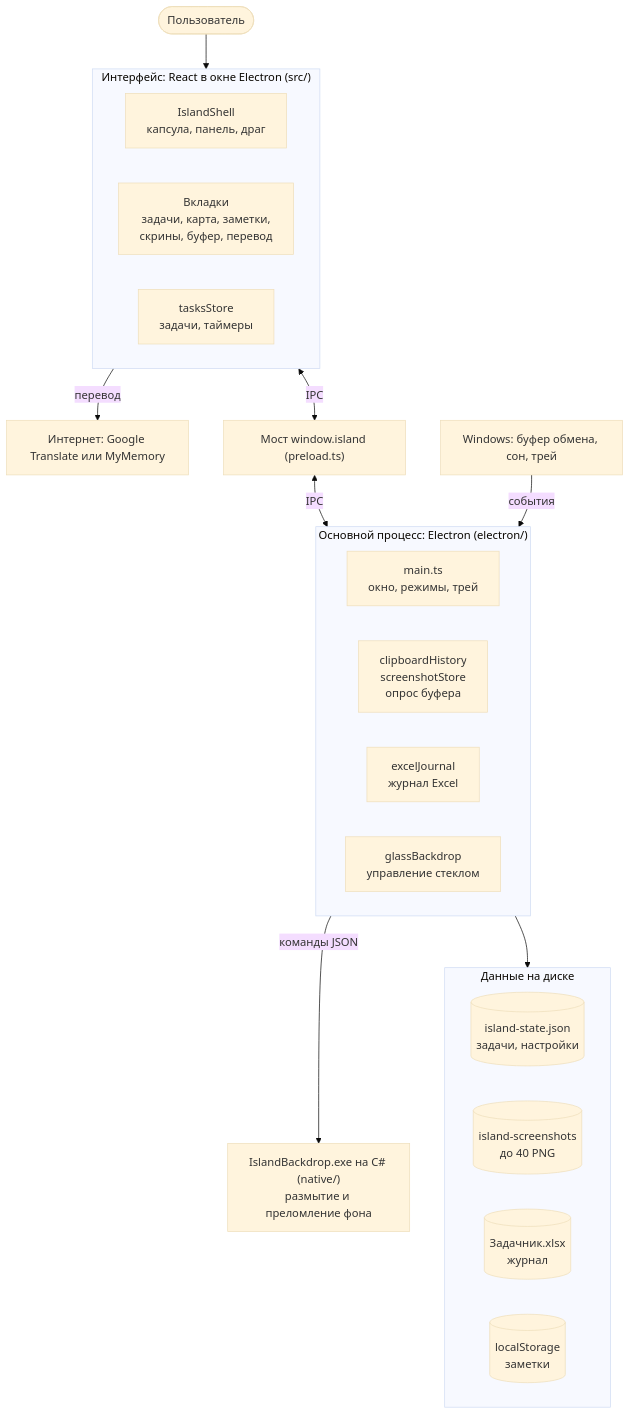
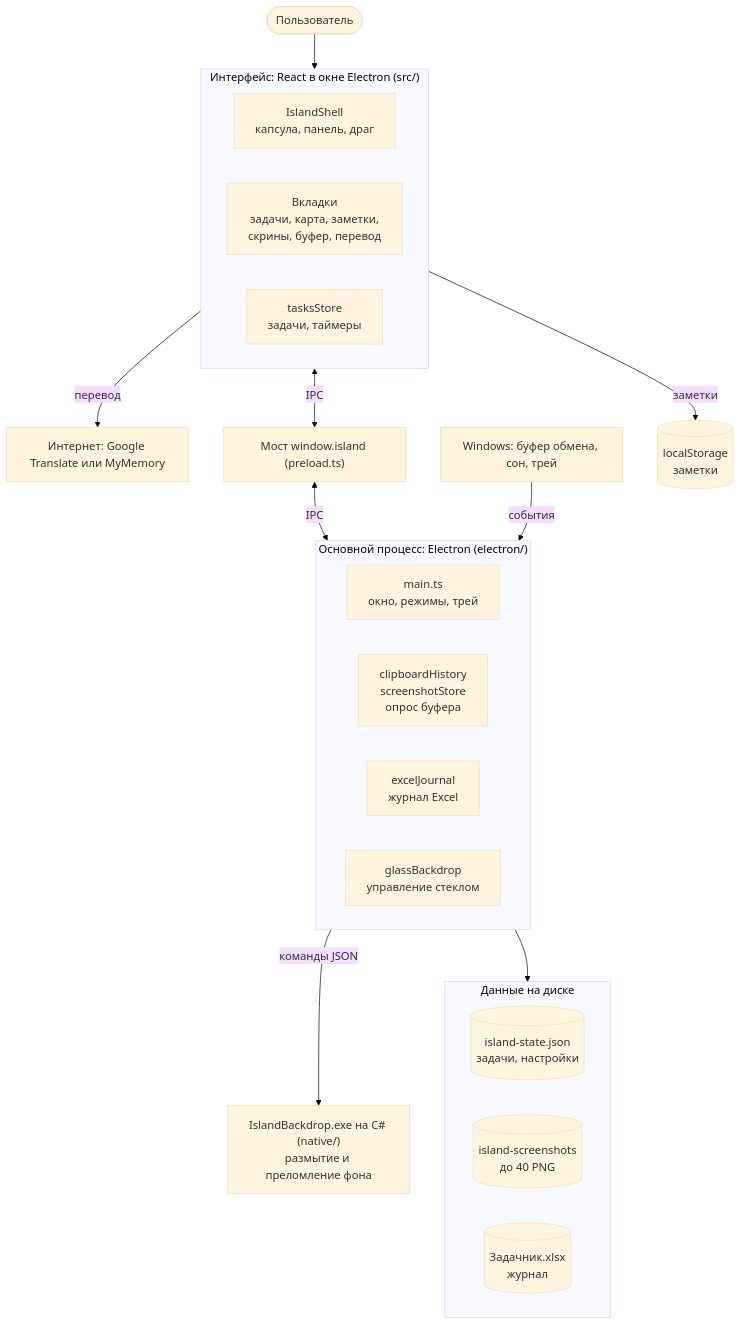
Before and after one commit to tobbybrodyaga/island: the first of 6 diagrams in docs/ARCHITECTURE.md, drawn with Mermaid (base theme). The commit also changed other lines of this file, not shown here.

Commit message:
Документация: уточнена роль интерфейса и localStorage
Заметки в localStorage пишет интерфейс, а не основной процесс.
Схема и описание теперь это отражают.

````diff
--- a/docs/ARCHITECTURE.md
+++ b/docs/ARCHITECTURE.md
@@ -11,41 +11,43 @@
 ```mermaid
 flowchart TB
     user(["Пользователь"])
     internet["Интернет: Google Translate или MyMemory"]
 
     subgraph renderer["Интерфейс: React в окне Electron (src/)"]
         direction LR
         shell["IslandShell<br/>капсула, панель, драг"]
         panels["Вкладки<br/>задачи, карта, заметки,<br/>скрины, буфер, перевод"]
         store["tasksStore<br/>задачи, таймеры"]
     end
 
     bridge["Мост window.island (preload.ts)"]
 
     subgraph main["Основной процесс: Electron (electron/)"]
         direction LR
         window["main.ts<br/>окно, режимы, трей"]
         watchers["clipboardHistory<br/>screenshotStore<br/>опрос буфера"]
         excel["excelJournal<br/>журнал Excel"]
         glass["glassBackdrop<br/>управление стеклом"]
     end
 
     system["Windows: буфер обмена, сон, трей"]
     backdrop["IslandBackdrop.exe на C# (native/)<br/>размытие и преломление фона"]
 
     subgraph data["Данные на диске"]
         direction LR
         state[("island-state.json<br/>задачи, настройки")]
         shotFiles[("island-screenshots<br/>до 40 PNG")]
         workbook[("Задачник.xlsx<br/>журнал")]
-        localStore[("localStorage<br/>заметки")]
     end
+
+    localStore[("localStorage<br/>заметки")]
 
     user --> renderer
     renderer -->|"перевод"| internet
+    renderer -->|"заметки"| localStore
     renderer <-->|"IPC"| bridge
     bridge <-->|"IPC"| main
     system -->|"события"| main
     main -->|"команды JSON"| backdrop
     main --> data
 ```
````
